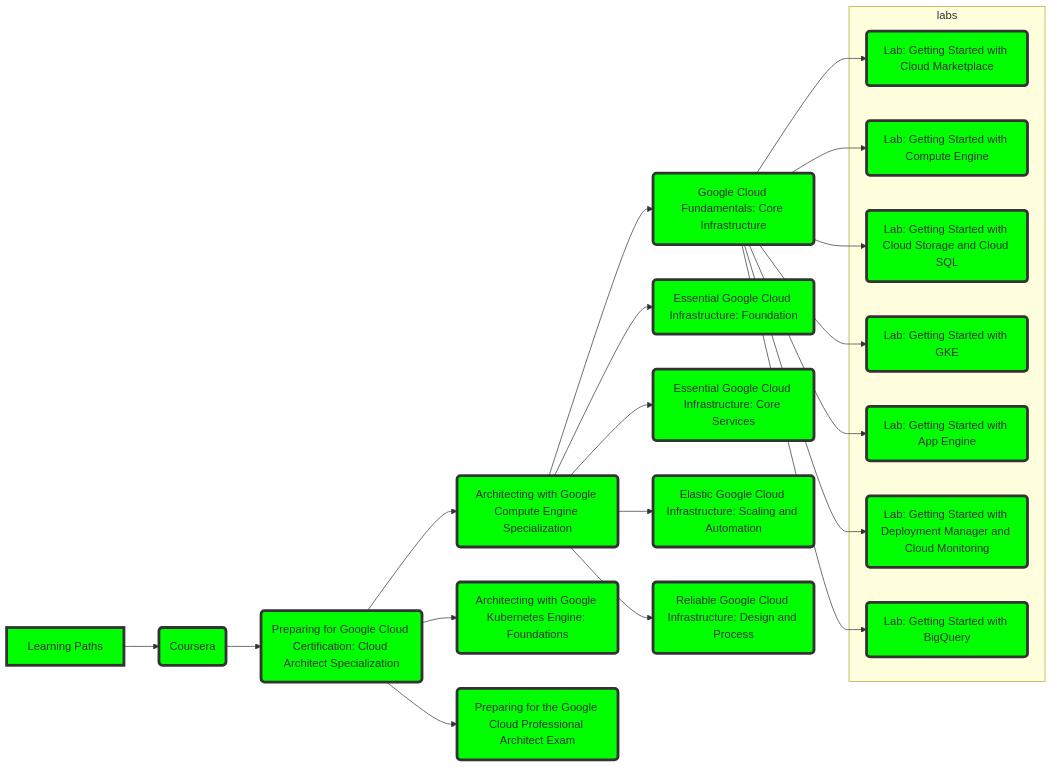
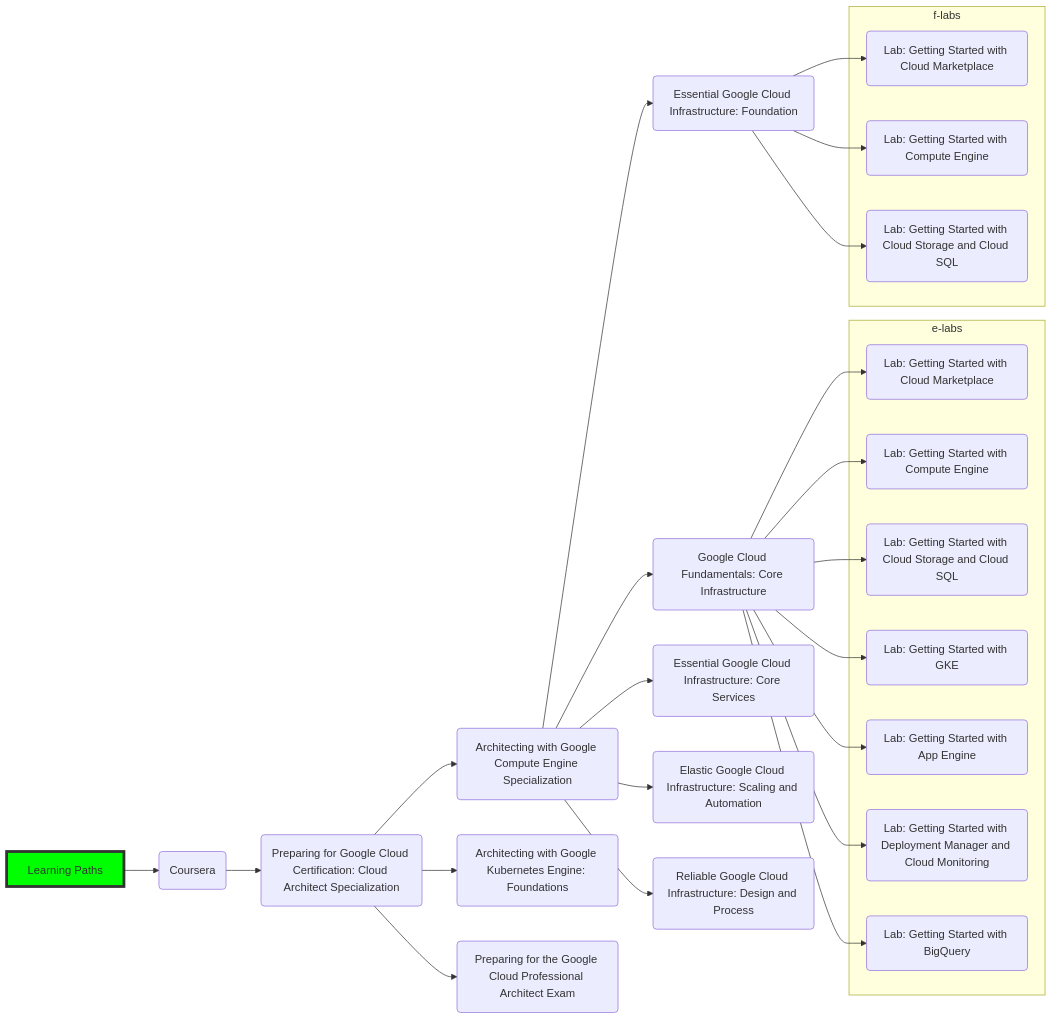
Before and after one commit to apnex/mermaid-api: the diagram in examples/labs3.mmd, drawn with Mermaid.

```diff
--- a/examples/labs3.mmd
+++ b/examples/labs3.mmd
@@ -1,31 +1,39 @@
 graph LR
-	classDef node fill:#00ff00,stroke:#333,stroke-width:4px;
+	classDef anode fill:#00ff00,stroke:#333,stroke-width:4px,height:50px,text-align:center;
 
-	A[Learning Paths]:::node --> B(Coursera)
+	A[Learning Paths]:::anode --> B(Coursera)
 	B --> C(Preparing for Google Cloud Certification: Cloud Architect Specialization)
 	C --> D(Architecting with Google Compute Engine Specialization)
 	D --> E(Google Cloud Fundamentals: Core Infrastructure)
 	D --> F(Essential Google Cloud Infrastructure: Foundation)
-	D --> G(Essential Google Cloud Infrastructure: Core Services):::node
+	D --> G(Essential Google Cloud Infrastructure: Core Services)
 	D --> H(Elastic Google Cloud Infrastructure: Scaling and Automation)
 	D --> I(Reliable Google Cloud Infrastructure: Design and Process)
 	C --> J(Architecting with Google Kubernetes Engine: Foundations)
 	C --> K(Preparing for the Google Cloud Professional Architect Exam)
 
-	subgraph labs
+	subgraph e-labs
 		E1(Lab: Getting Started with Cloud Marketplace)
 		E2(Lab: Getting Started with Compute Engine)
 		E3(Lab: Getting Started with Cloud Storage and Cloud SQL)
 		E4(Lab: Getting Started with GKE)
 		E5(Lab: Getting Started with App Engine)
 		E6(Lab: Getting Started with Deployment Manager and Cloud Monitoring)
 		E7(Lab: Getting Started with BigQuery)
 	end
-
 	E --> E1
 	E --> E2
 	E --> E3
 	E --> E4
 	E --> E5
 	E --> E6
 	E --> E7
+
+	subgraph f-labs
+		F1(Lab: Getting Started with Cloud Marketplace)
+		F2(Lab: Getting Started with Compute Engine)
+		F3(Lab: Getting Started with Cloud Storage and Cloud SQL)
+	end
+	F --> F1
+	F --> F2
+	F --> F3
```
